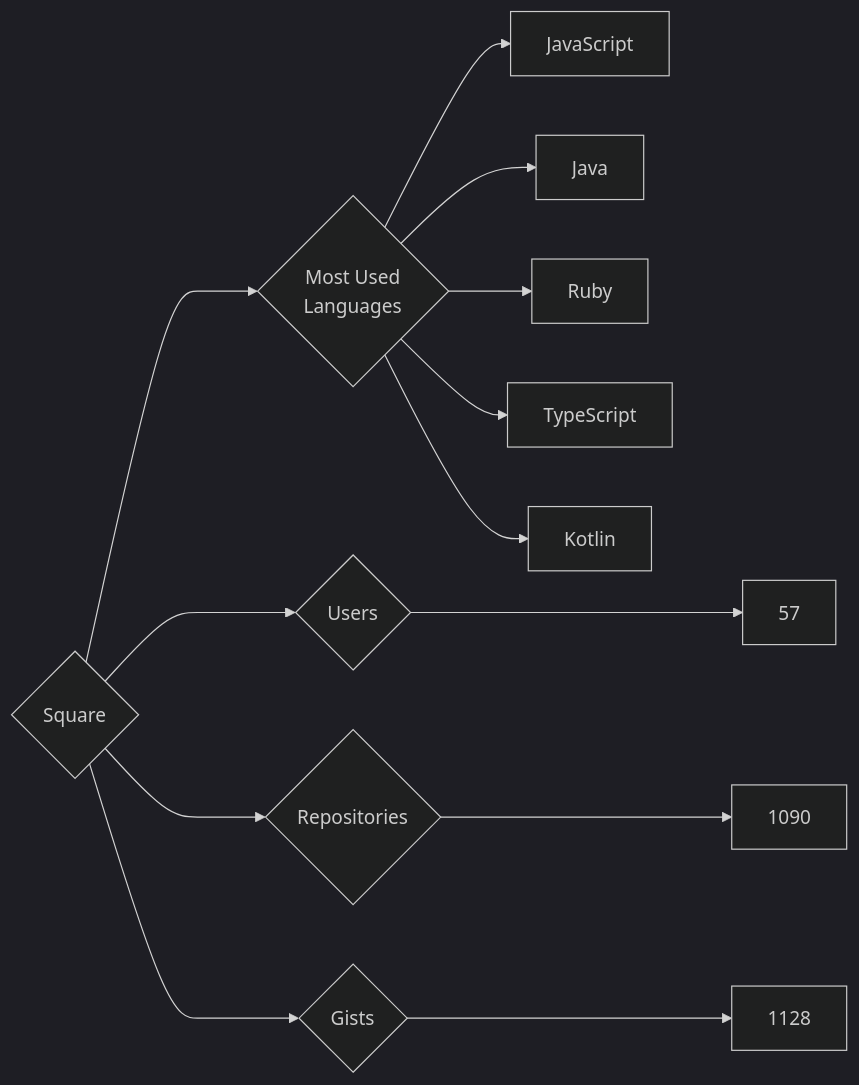
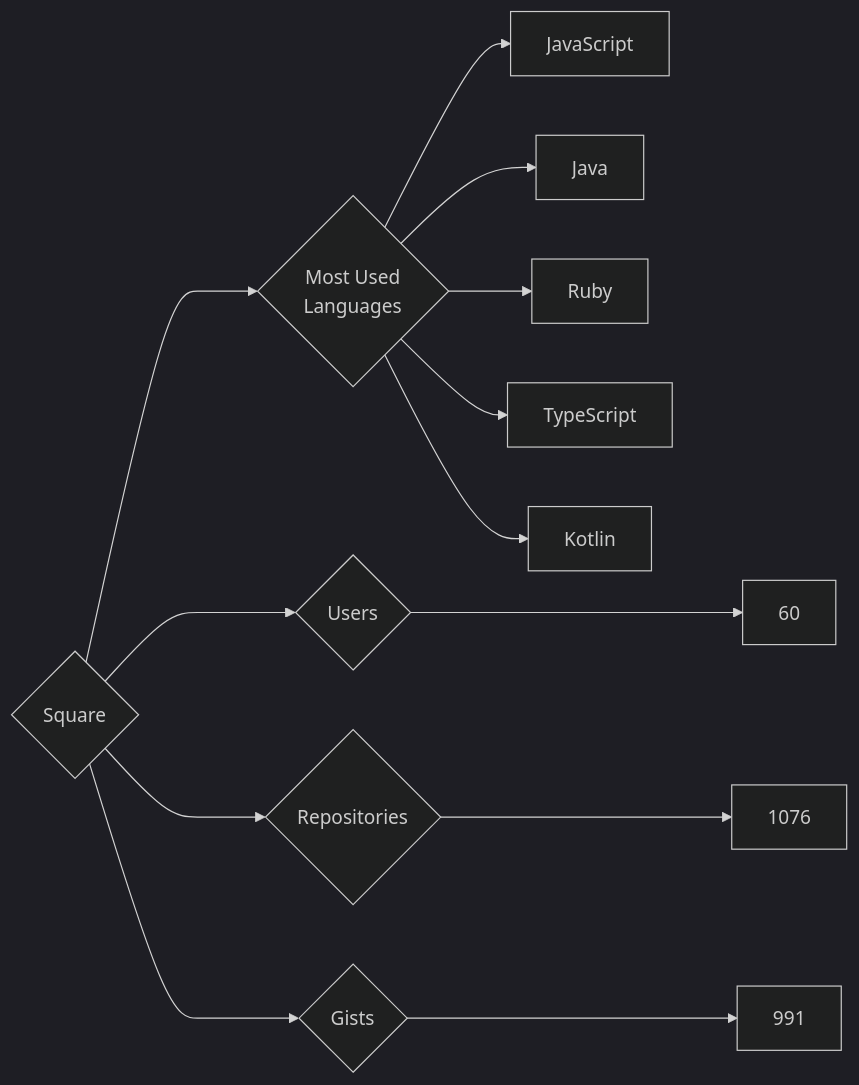
The diagram in targets/Square/README.md (trickest/insiders), drawn with Mermaid (dark theme) before and after one commit. The commit also changed 1011 other files, not shown here.

````diff
--- a/targets/Square/README.md
+++ b/targets/Square/README.md
@@ -3,13 +3,13 @@
 ```mermaid
 graph LR
 COMPANY_NAME{Square}
-COMPANY_NAME ---> U{Users} ---> UN[57]
-COMPANY_NAME ---> R{Repositories} ---> RN[1090]
-COMPANY_NAME ---> G{Gists} ---> GN[1128]
+COMPANY_NAME ---> U{Users} ---> UN[60]
+COMPANY_NAME ---> R{Repositories} ---> RN[1076]
+COMPANY_NAME ---> G{Gists} ---> GN[991]
 COMPANY_NAME ---> ML{Most Used<br>Languages}
 ML --> JavaScript[JavaScript]
 ML --> Java[Java]
 ML --> Ruby[Ruby]
 ML --> TypeScript[TypeScript]
 ML --> Kotlin[Kotlin]
 ```
````
